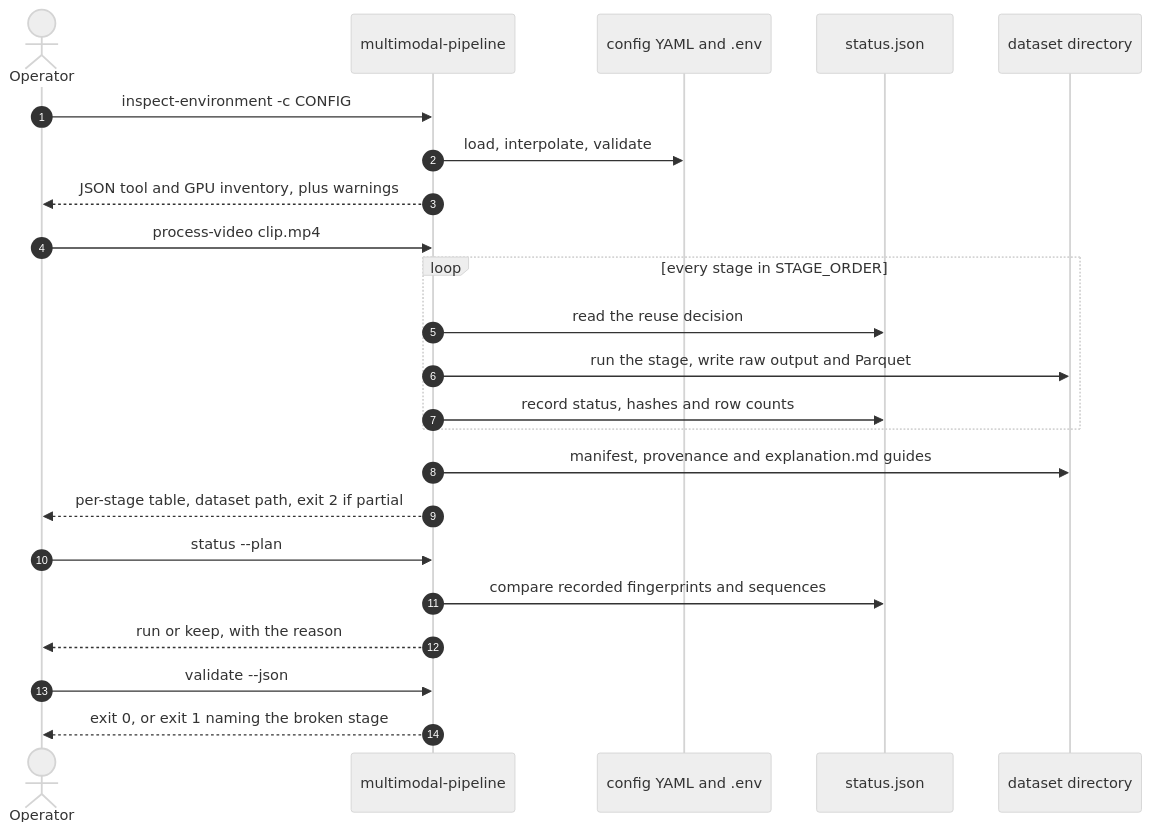
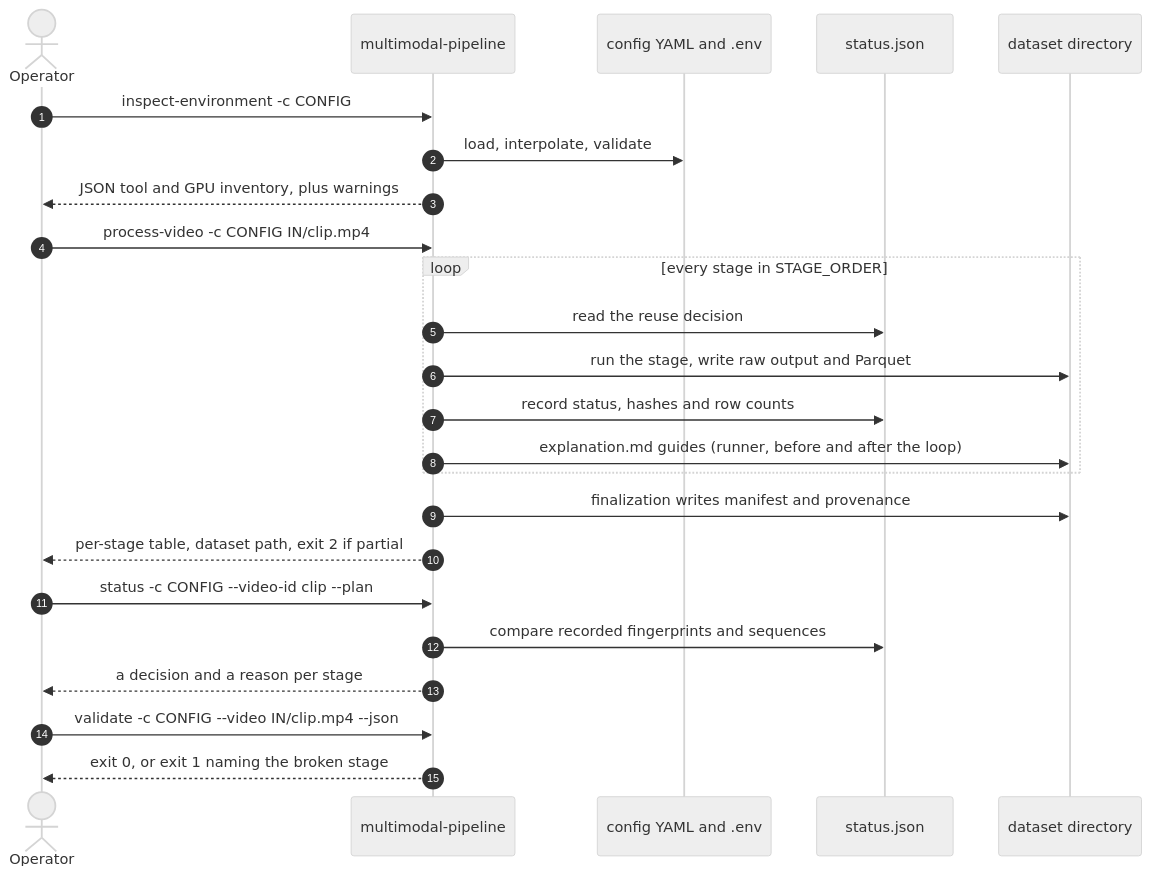
One commit to RaulKite/storytell-pipeline changed the diagram in docs/cli.md. Above: the diagram before and after it, drawn with Mermaid (neutral theme). The commit also changed other lines of this file and 4 other files, not shown here.

First line of the commit message:
docs: correct walkthrough scoping, diarizer joins and diagram edges after review

````diff
--- a/docs/cli.md
+++ b/docs/cli.md
@@ -75,25 +80,26 @@
 ```mermaid
 sequenceDiagram
     autonumber
     actor Op as Operator
     participant CLI as multimodal-pipeline
     participant Cfg as config YAML and .env
     participant State as status.json
     participant Disk as dataset directory
     Op->>CLI: inspect-environment -c CONFIG
     CLI->>Cfg: load, interpolate, validate
     CLI-->>Op: JSON tool and GPU inventory, plus warnings
-    Op->>CLI: process-video clip.mp4
+    Op->>CLI: process-video -c CONFIG IN/clip.mp4
     loop every stage in STAGE_ORDER
         CLI->>State: read the reuse decision
         CLI->>Disk: run the stage, write raw output and Parquet
         CLI->>State: record status, hashes and row counts
+        CLI->>Disk: explanation.md guides (runner, before and after the loop)
     end
-    CLI->>Disk: manifest, provenance and explanation.md guides
+    CLI->>Disk: finalization writes manifest and provenance
     CLI-->>Op: per-stage table, dataset path, exit 2 if partial
-    Op->>CLI: status --plan
+    Op->>CLI: status -c CONFIG --video-id clip --plan
     CLI->>State: compare recorded fingerprints and sequences
-    CLI-->>Op: run or keep, with the reason
-    Op->>CLI: validate --json
+    CLI-->>Op: a decision and a reason per stage
+    Op->>CLI: validate -c CONFIG --video IN/clip.mp4 --json
     CLI-->>Op: exit 0, or exit 1 naming the broken stage
 ```
````
